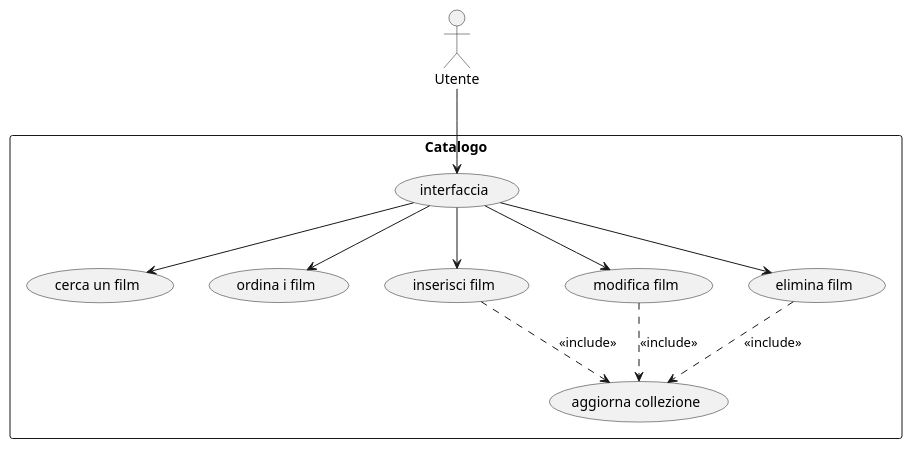
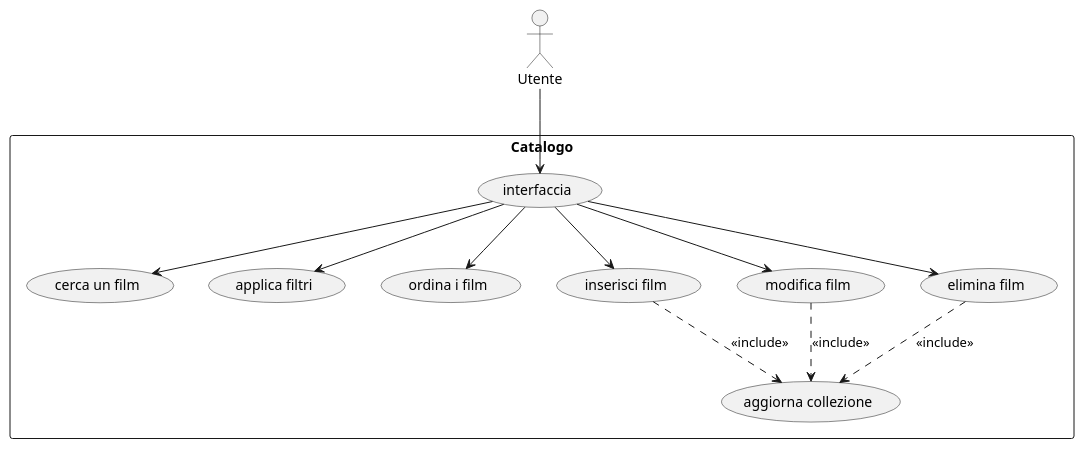
The diagram in src/uml diagrams/use case diagram.puml (hamzakhoudmi/Progetto-Ingegneria-Software), drawn with PlantUML before and after one commit. The commit also changed 4 other files, not shown here.

```diff
--- a/src/uml diagrams/use case diagram.puml
+++ b/src/uml diagrams/use case diagram.puml
@@ -1,28 +1,30 @@
 @startuml
 
 'Attori
 actor Utente
 
 'Sistema
 rectangle Catalogo {
     usecase interfaccia as i0
     usecase "cerca un film" as i1
+    usecase "applica filtri" as i11
     usecase "ordina i film" as i2
     usecase "inserisci film" as i3
     usecase "modifica film" as i4
     usecase "elimina film" as i5
     usecase "aggiorna collezione" as i6
 }
 
 'Relazioni
 Utente --> i0
 i0 --> i1
+i0 --> i11
 i0 --> i2
 i0 --> i3
 i0 --> i4
 i0 --> i5
 i3 ..> i6 : <<include>>
 i4 ..> i6 : <<include>>
 i5 ..> i6 : <<include>>
 
 @enduml
```
